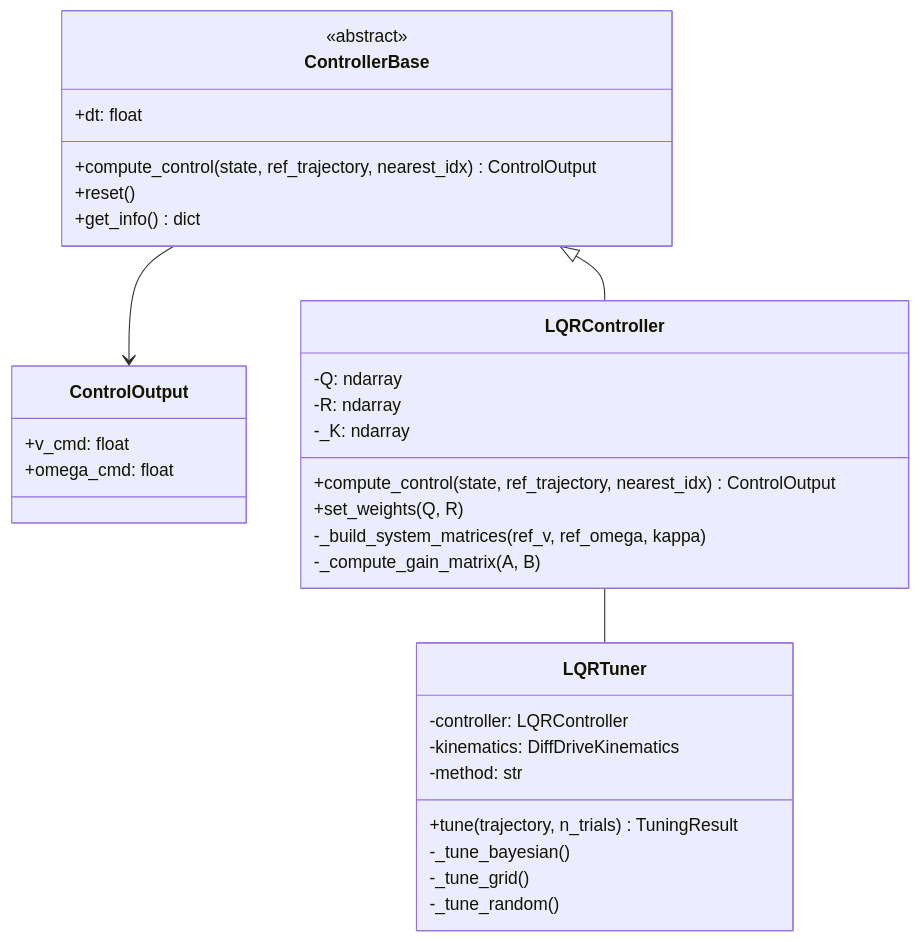
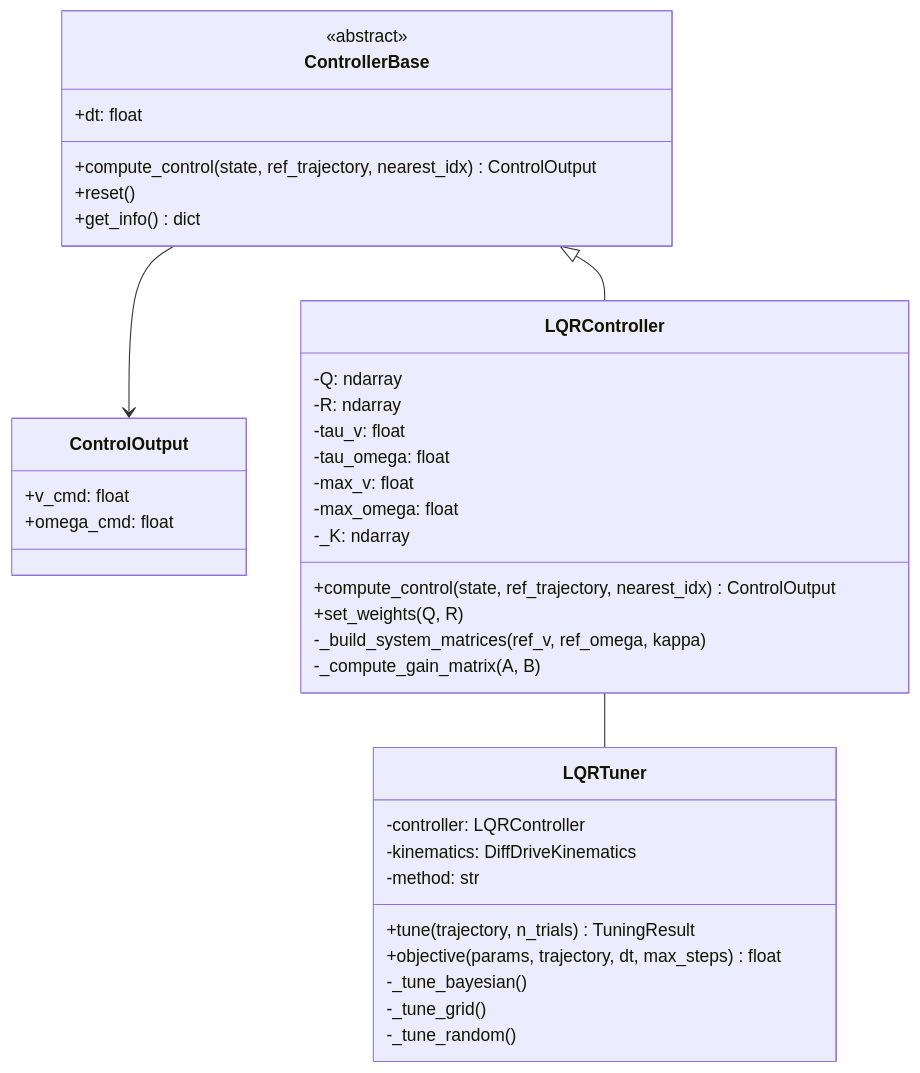
The fourth of 10 diagrams in docs/ARCHITECTURE.md (windyfashion/wheel_project), drawn with Mermaid before and after one commit. The commit also changed other lines of this file and 20 other files, not shown here.

````diff
--- a/docs/ARCHITECTURE.md
+++ b/docs/ARCHITECTURE.md
@@ -234,39 +254,44 @@
 ```mermaid
 classDiagram
     class ControllerBase {
         <<abstract>>
         +dt: float
         +compute_control(state, ref_trajectory, nearest_idx) ControlOutput
         +reset()
         +get_info() dict
     }
-    
+
     class ControlOutput {
         +v_cmd: float
         +omega_cmd: float
     }
-    
+
     class LQRController {
         -Q: ndarray
         -R: ndarray
+        -tau_v: float
+        -tau_omega: float
+        -max_v: float
+        -max_omega: float
         -_K: ndarray
         +compute_control(state, ref_trajectory, nearest_idx) ControlOutput
         +set_weights(Q, R)
         -_build_system_matrices(ref_v, ref_omega, kappa)
         -_compute_gain_matrix(A, B)
     }
-    
+
     class LQRTuner {
         -controller: LQRController
         -kinematics: DiffDriveKinematics
         -method: str
         +tune(trajectory, n_trials) TuningResult
+        +objective(params, trajectory, dt, max_steps) float
         -_tune_bayesian()
         -_tune_grid()
         -_tune_random()
     }
-    
+
     ControllerBase <|-- LQRController
     LQRController -- LQRTuner
     ControllerBase --> ControlOutput
 ```
````
